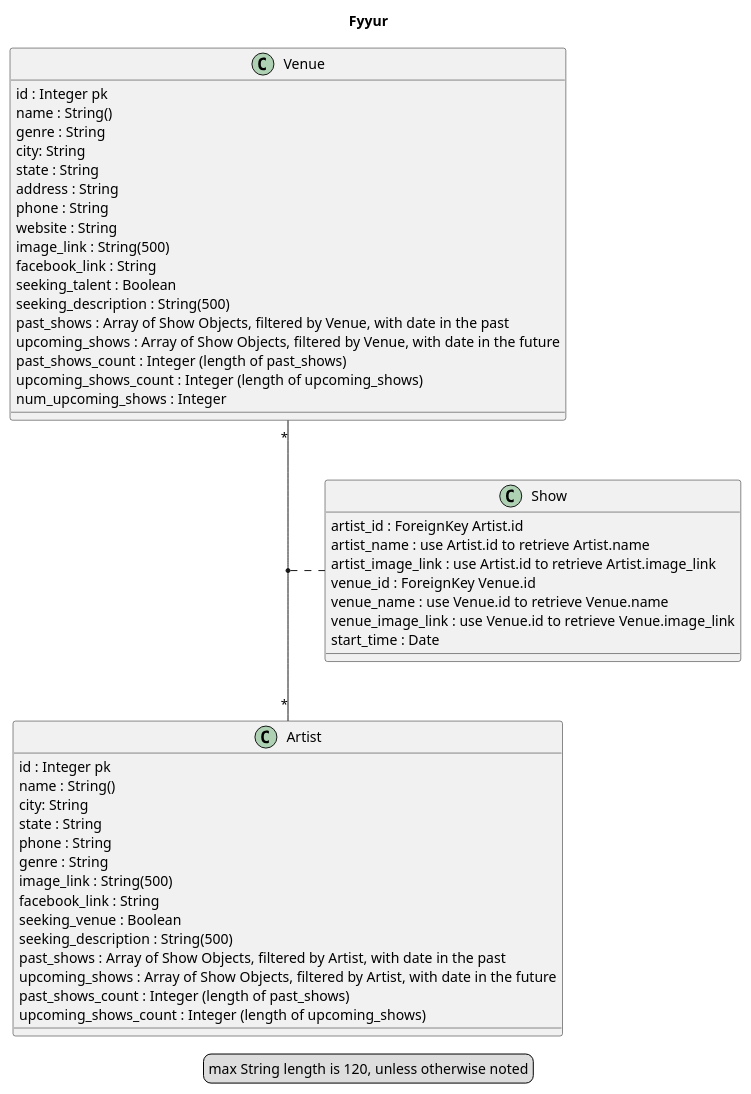
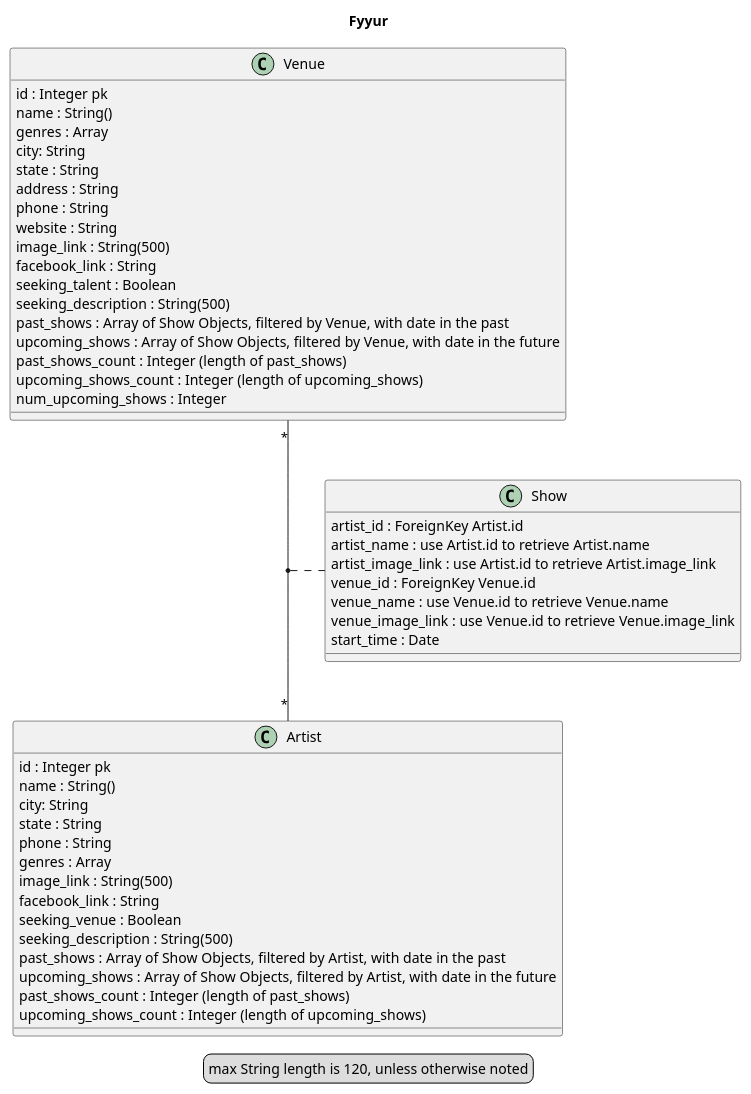
One commit to kyriri/udacity_fsnd changed the diagram in projects/01_fyyur/starter_code/models/fyyur-model.puml. Above: the diagram before and after it, drawn with PlantUML. The commit also changed 1 other file, not shown here.

```diff
--- a/projects/01_fyyur/starter_code/models/fyyur-model.puml
+++ b/projects/01_fyyur/starter_code/models/fyyur-model.puml
@@ -1,59 +1,59 @@
 @startuml
 ' Mac preview: option + D
 
 title Fyyur
 
 class Venue {
   id : Integer pk
   {field} name : String() 
-  genre : String
+  genres : Array
   city: String
   state : String
   address : String
   phone : String
   website : String
   {field} image_link : String(500)
   facebook_link : String
   seeking_talent : Boolean
   {field} seeking_description : String(500)
   past_shows : Array of Show Objects, filtered by Venue, with date in the past
   upcoming_shows : Array of Show Objects, filtered by Venue, with date in the future
   {field} past_shows_count : Integer (length of past_shows)
   {field} upcoming_shows_count : Integer (length of upcoming_shows)
   num_upcoming_shows : Integer 
 }
 
 class Artist {
   id : Integer pk
   {field} name : String() 
   city: String
   state : String
   phone : String
-  genre : String
+  genres : Array
   {field} image_link : String(500)
   facebook_link : String
   seeking_venue : Boolean
   {field} seeking_description : String(500)
   past_shows : Array of Show Objects, filtered by Artist, with date in the past
   upcoming_shows : Array of Show Objects, filtered by Artist, with date in the future
   {field} past_shows_count : Integer (length of past_shows)
   {field} upcoming_shows_count : Integer (length of upcoming_shows)
 }
 
 class Shows as "Show" {
   artist_id : ForeignKey Artist.id
   artist_name : use Artist.id to retrieve Artist.name 
   artist_image_link : use Artist.id to retrieve Artist.image_link 
   venue_id : ForeignKey Venue.id
   venue_name : use Venue.id to retrieve Venue.name 
   venue_image_link : use Venue.id to retrieve Venue.image_link 
   start_time : Date
 }
 
 Venue "*" -- "*" Artist
 (Venue, Artist) .. Shows
 
 legend
 max String length is 120, unless otherwise noted
 end legend
 @enduml
```
